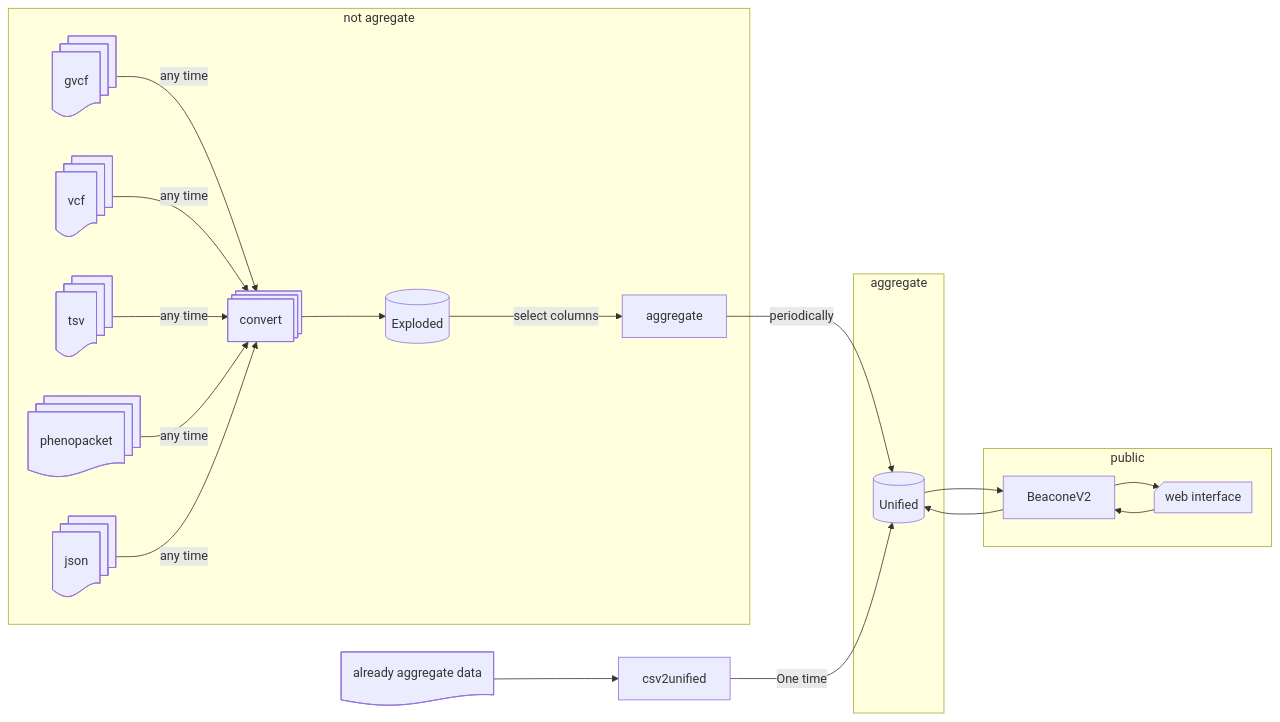
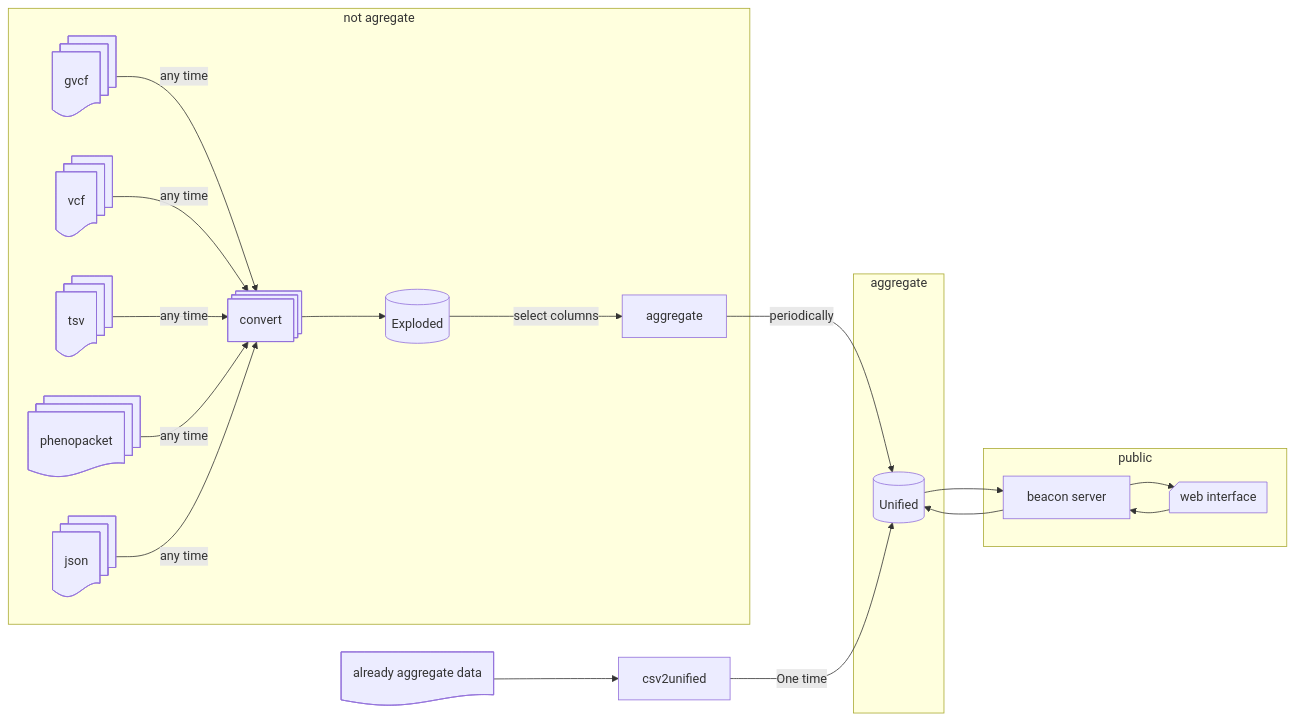
The first of 2 diagrams in Readme.md (GenomeCAD/vkb), drawn with Mermaid before and after one commit. The commit also changed other lines of this file, not shown here.

Commit message:
feat: add description of beacon rest server subcommand

````diff
--- a/Readme.md
+++ b/Readme.md
@@ -9,45 +9,45 @@
 ```mermaid
 flowchart LR
     subgraph not agregate
         Exploded@{shape: cyl, label: "Exploded"}
         gvcf@{shape: docs, label: "gvcf"}
         vcf@{shape: docs, label: "vcf"}
         tsv@{shape: docs, label: "tsv"}
         phenopacket@{shape: docs, label: "phenopacket"}
         json@{shape: docs, label: "json"}
         vkb_aggregate@{shape: rect, label: "aggregate"}
         vkb_convert@{shape: st-rect, label: "convert"}
     end
 
     subgraph aggregate
         Unified@{shape: cyl, label: "Unified"}
     end
 
     vkb_csv2unified@{shape: rect, label: "csv2unified"}
     csv@{shape: doc, label: "already aggregate data"}
 
     subgraph public
-        BeaconeV2[BeaconeV2]
+        beacon@{shape: rect, label: "beacon server"}
         web@{shape: notch-rect, label: "web interface"}
     end
 
     gvcf -->|any time| vkb_convert
     vcf -->|any time| vkb_convert
     tsv -->|any time| vkb_convert
     phenopacket -->|any time| vkb_convert
     json -->|any time| vkb_convert
 
     vkb_convert --> Exploded
 
     Exploded -->|select columns| vkb_aggregate
 
     vkb_aggregate -->|periodically| Unified
 
     csv --> vkb_csv2unified -->|One time| Unified
 
-    Unified --> BeaconeV2
-    BeaconeV2 --> Unified
+    Unified --> beacon
+    beacon --> Unified
 
-    BeaconeV2 --> web
-    web --> BeaconeV2
+    beacon --> web
+    web --> beacon
 ```
````
